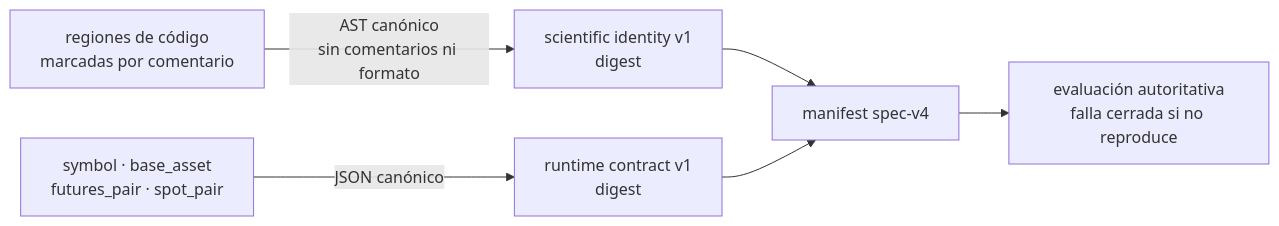
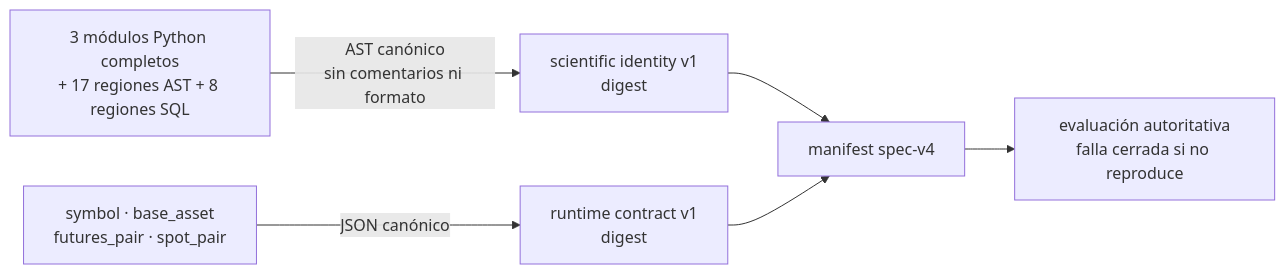
One commit to achavezl911/coinanalyze changed the fifth of 6 diagrams in docs/SCIENTIFIC_ARCHITECTURE.md. Above: the diagram before and after it, drawn with Mermaid. The commit also changed other lines of this file and 4 other files, not shown here.

````diff
--- a/docs/SCIENTIFIC_ARCHITECTURE.md
+++ b/docs/SCIENTIFIC_ARCHITECTURE.md
@@ -170,8 +178,8 @@
 ```mermaid
 flowchart LR
-    SRC["regiones de código<br/>marcadas por comentario"] -->|"AST canónico<br/>sin comentarios ni formato"| IDENT["scientific identity v1<br/>digest"]
+    SRC["3 módulos Python completos<br/>+ 17 regiones AST + 8 regiones SQL"] -->|"AST canónico<br/>sin comentarios ni formato"| IDENT["scientific identity v1<br/>digest"]
     RESOLVED["symbol · base_asset<br/>futures_pair · spot_pair"] -->|"JSON canónico"| CONTRACT["runtime contract v1<br/>digest"]
     IDENT --> MANIFEST["manifest spec-v4"]
     CONTRACT --> MANIFEST
     MANIFEST --> AUTH["evaluación autoritativa<br/>falla cerrada si no reproduce"]
 ```
````
